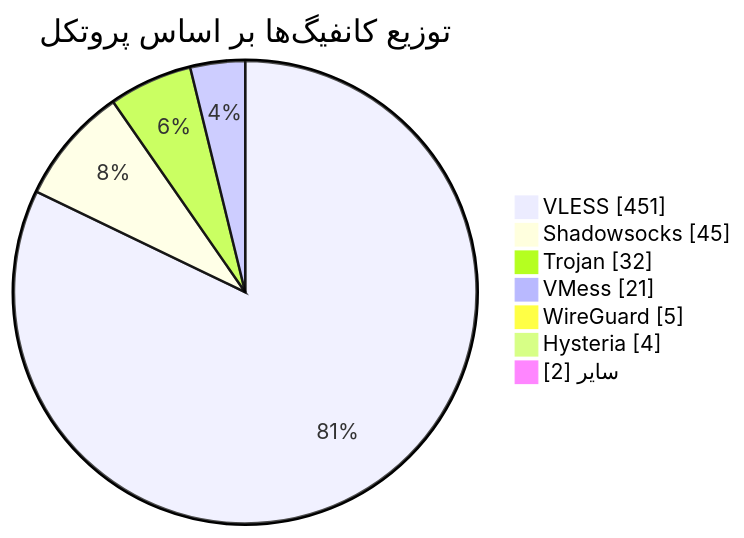
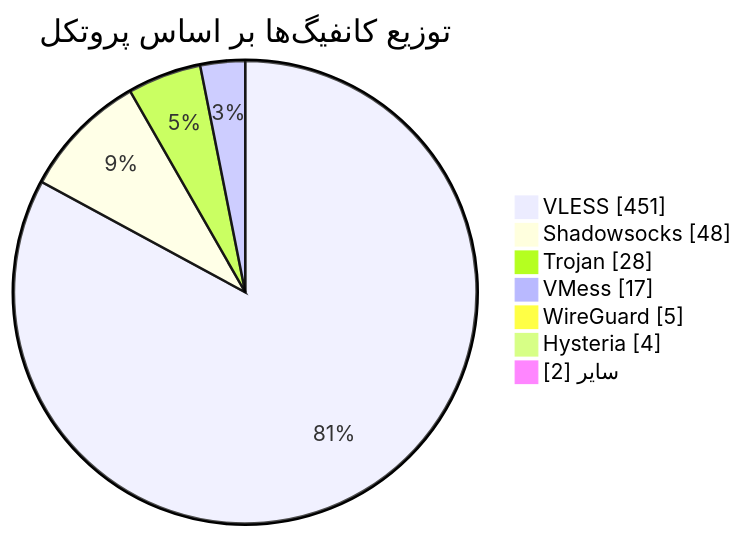
Before and after one commit to Arian-Alijani/Somthing: the diagram in README.md, drawn with Mermaid. The commit also changed other lines of this file and 75 other files, not shown here.

````diff
--- a/README.md
+++ b/README.md
@@ -49,11 +49,11 @@
 ```mermaid
 pie showData
     title توزیع کانفیگ‌ها بر اساس پروتکل
     "VLESS" : 451
-    "Shadowsocks" : 45
-    "Trojan" : 32
-    "VMess" : 21
+    "Shadowsocks" : 48
+    "Trojan" : 28
+    "VMess" : 17
     "WireGuard" : 5
     "Hysteria" : 4
     "سایر" : 2
 ```
````
